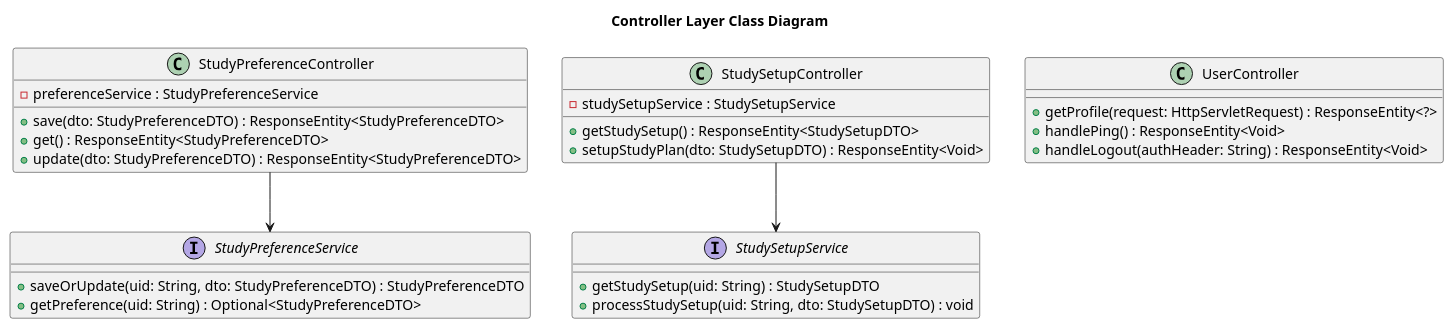
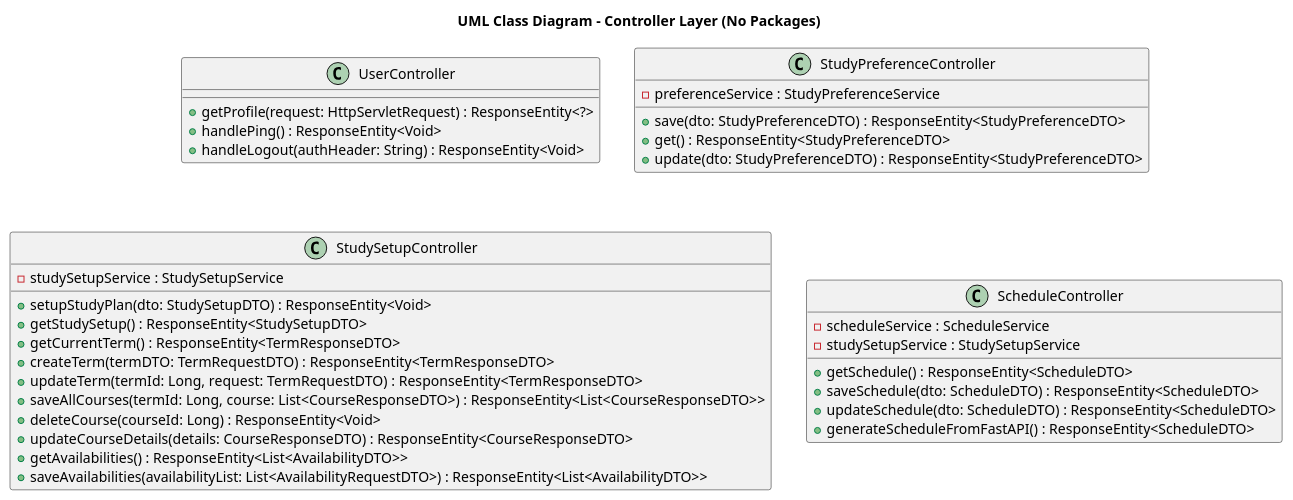
Before and after one commit to keerati5003/PlanMate-Diagram: the diagram in controller.puml, drawn with PlantUML. The commit also changed other lines of this file, not shown here.

Commit message:
update controller

```diff
--- a/controller.puml
+++ b/controller.puml
@@ -1,35 +37,40 @@
 @startuml
-title Controller Layer Class Diagram
+title UML Class Diagram - Controller Layer (No Packages)
+
+class UserController {
+    + getProfile(request: HttpServletRequest) : ResponseEntity<?>
+    + handlePing() : ResponseEntity<Void>
+    + handleLogout(authHeader: String) : ResponseEntity<Void>
+}
 
 class StudyPreferenceController {
     - preferenceService : StudyPreferenceService
     + save(dto: StudyPreferenceDTO) : ResponseEntity<StudyPreferenceDTO>
     + get() : ResponseEntity<StudyPreferenceDTO>
     + update(dto: StudyPreferenceDTO) : ResponseEntity<StudyPreferenceDTO>
 }
 
 class StudySetupController {
     - studySetupService : StudySetupService
+    + setupStudyPlan(dto: StudySetupDTO) : ResponseEntity<Void>
     + getStudySetup() : ResponseEntity<StudySetupDTO>
-    + setupStudyPlan(dto: StudySetupDTO) : ResponseEntity<Void>
+    + getCurrentTerm() : ResponseEntity<TermResponseDTO>
+    + createTerm(termDTO: TermRequestDTO) : ResponseEntity<TermResponseDTO>
+    + updateTerm(termId: Long, request: TermRequestDTO) : ResponseEntity<TermResponseDTO>
+    + saveAllCourses(termId: Long, course: List<CourseResponseDTO>) : ResponseEntity<List<CourseResponseDTO>>
+    + deleteCourse(courseId: Long) : ResponseEntity<Void>
+    + updateCourseDetails(details: CourseResponseDTO) : ResponseEntity<CourseResponseDTO>
+    + getAvailabilities() : ResponseEntity<List<AvailabilityDTO>>
+    + saveAvailabilities(availabilityList: List<AvailabilityRequestDTO>) : ResponseEntity<List<AvailabilityDTO>>
 }
 
-class UserController {
-    + getProfile(request: HttpServletRequest) : ResponseEntity<?>
-    + handlePing() : ResponseEntity<Void>
-    + handleLogout(authHeader: String) : ResponseEntity<Void>
+class ScheduleController {
+    - scheduleService : ScheduleService
+    - studySetupService : StudySetupService
+    + getSchedule() : ResponseEntity<ScheduleDTO>
+    + saveSchedule(dto: ScheduleDTO) : ResponseEntity<ScheduleDTO>
+    + updateSchedule(dto: ScheduleDTO) : ResponseEntity<ScheduleDTO>
+    + generateScheduleFromFastAPI() : ResponseEntity<ScheduleDTO>
 }
 
-interface StudyPreferenceService {
-    + saveOrUpdate(uid: String, dto: StudyPreferenceDTO) : StudyPreferenceDTO
-    + getPreference(uid: String) : Optional<StudyPreferenceDTO>
-}
-
-interface StudySetupService {
-    + getStudySetup(uid: String) : StudySetupDTO
-    + processStudySetup(uid: String, dto: StudySetupDTO) : void
-}
-
-StudyPreferenceController --> StudyPreferenceService
-StudySetupController --> StudySetupService
 @enduml
```
